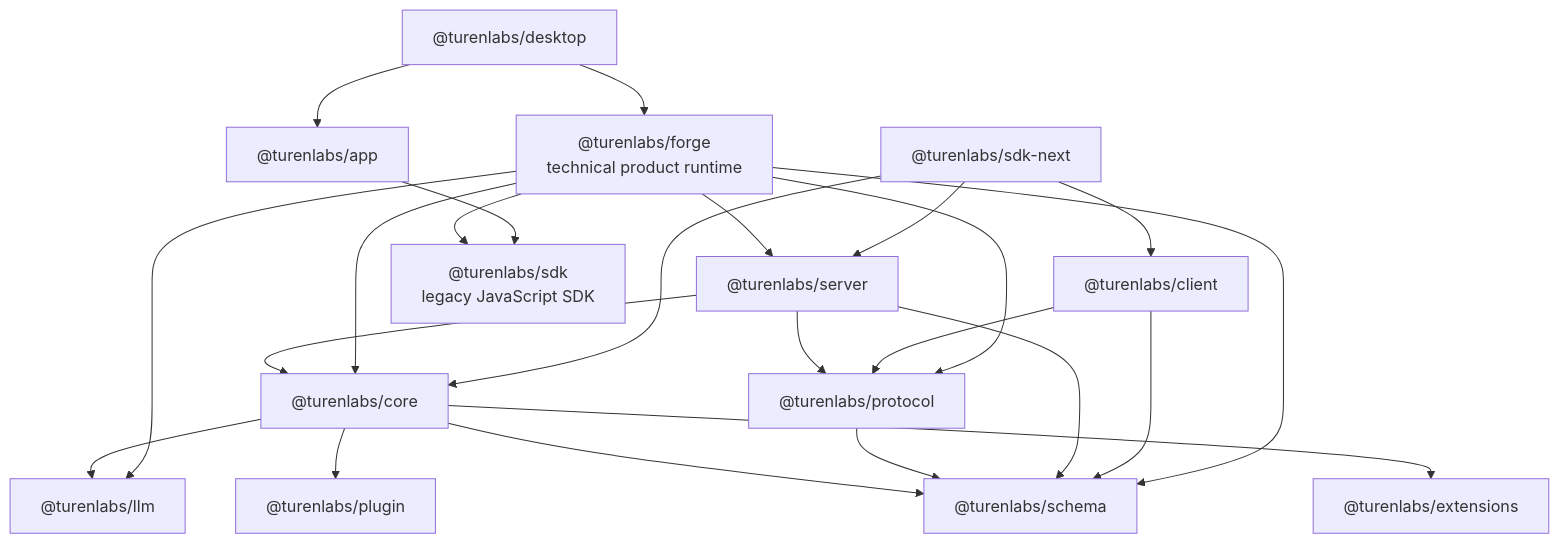
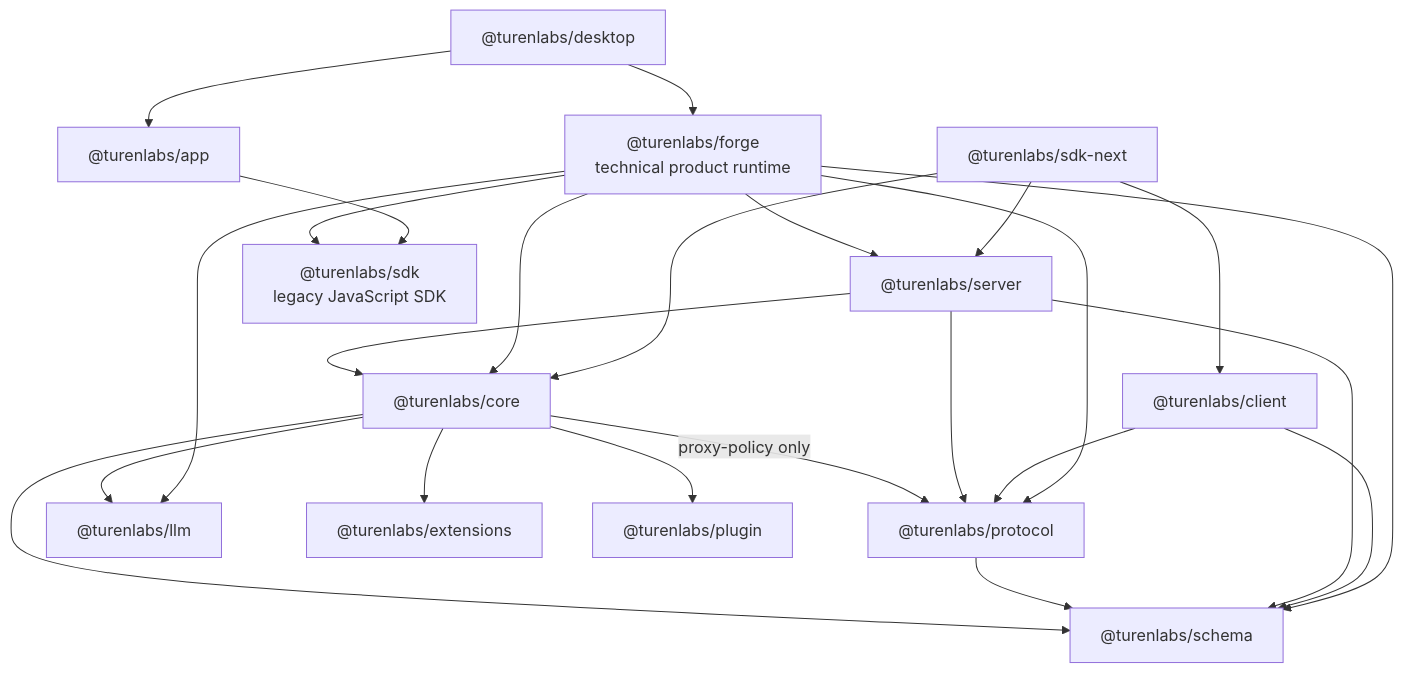
The second of 2 diagrams in docs/architecture/README.md (turenlabs/turenos), drawn with Mermaid before and after one commit. The commit also changed 16 other files, not shown here.

````diff
--- a/docs/architecture/README.md
+++ b/docs/architecture/README.md
@@ -79,39 +79,40 @@
 ```mermaid
 flowchart TD
     Schema["@turenlabs/schema"]
     Protocol["@turenlabs/protocol"]
     Core["@turenlabs/core"]
     Server["@turenlabs/server"]
     Client["@turenlabs/client"]
     LegacySDK["@turenlabs/sdk\nlegacy JavaScript SDK"]
     ProductRuntime["@turenlabs/forge\ntechnical product runtime"]
     LLM["@turenlabs/llm"]
     Extensions["@turenlabs/extensions"]
     Plugin["@turenlabs/plugin"]
     SDK["@turenlabs/sdk-next"]
     App["@turenlabs/app"]
     Desktop["@turenlabs/desktop"]
 
     Core --> Schema
+    Core -->|proxy-policy only| Protocol
     Protocol --> Schema
     Server --> Core
     Server --> Protocol
     Server --> Schema
     Client --> Schema
     Client --> Protocol
     Core --> LLM
     Core --> Extensions
     Core --> Plugin
     ProductRuntime --> Core
     ProductRuntime --> Server
     ProductRuntime --> Protocol
     ProductRuntime --> Schema
     ProductRuntime --> LegacySDK
     ProductRuntime --> LLM
     SDK --> Client
     SDK --> Core
     SDK --> Server
     App --> LegacySDK
     Desktop --> App
     Desktop --> ProductRuntime
 ```
````
